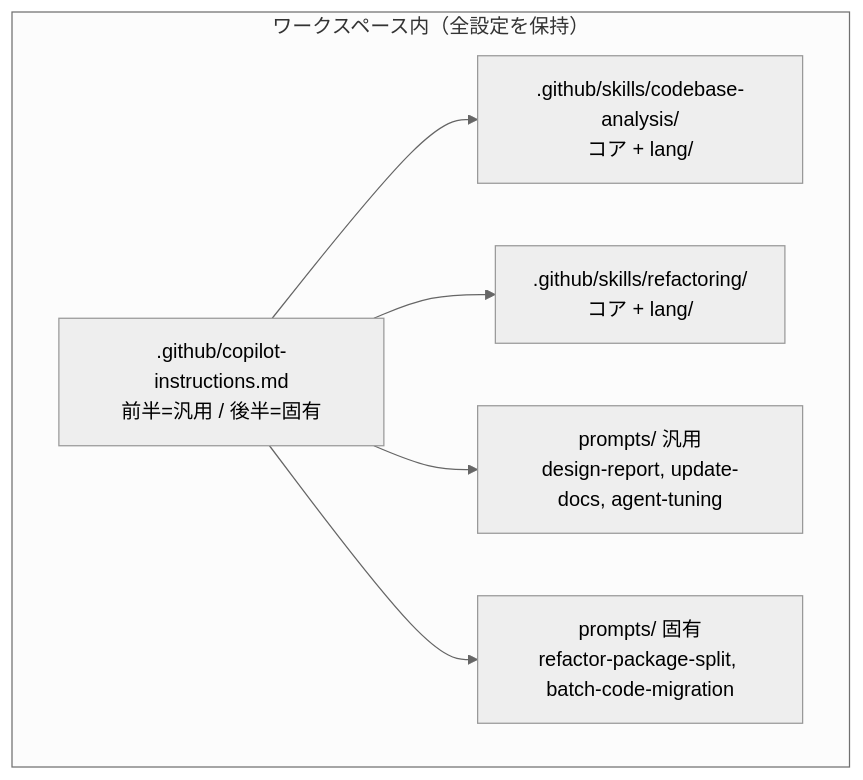
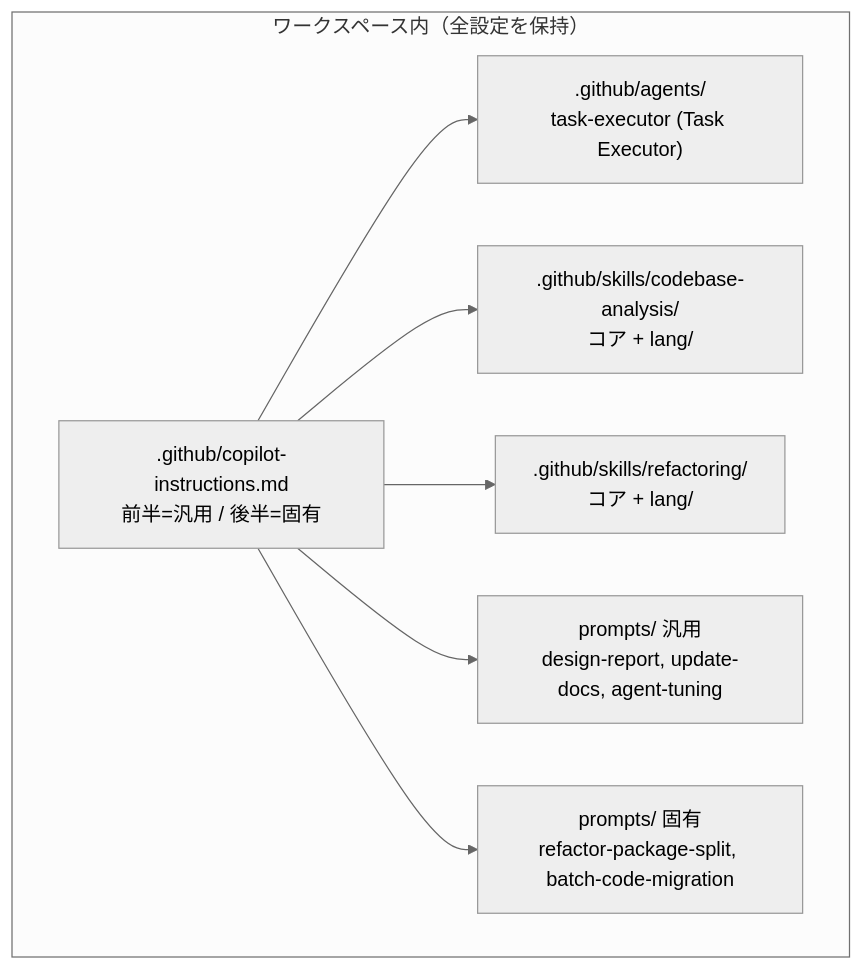
The first of 2 diagrams in .github/agent_design.md (takashiK/TableEngine), drawn with Mermaid (neutral theme) before and after one commit. The commit also changed other lines of this file and 35 other files, not shown here.

````diff
--- a/.github/agent_design.md
+++ b/.github/agent_design.md
@@ -15,11 +15,12 @@
 ```mermaid
 graph TD
     subgraph "ワークスペース内（全設定を保持）"
         CI[".github/copilot-instructions.md<br/>前半=汎用 / 後半=固有"]
+        AG[".github/agents/<br/>task-executor (Task Executor)"]
         SKA[".github/skills/codebase-analysis/<br/>コア + lang/"]
         SKR[".github/skills/refactoring/<br/>コア + lang/"]
         PG["prompts/ 汎用<br/>design-report, update-docs, agent-tuning"]
         PS["prompts/ 固有<br/>refactor-package-split, batch-code-migration"]
     end
-    CI --> SKA & SKR & PG & PS
+    CI --> AG & SKA & SKR & PG & PS
 ```
````
